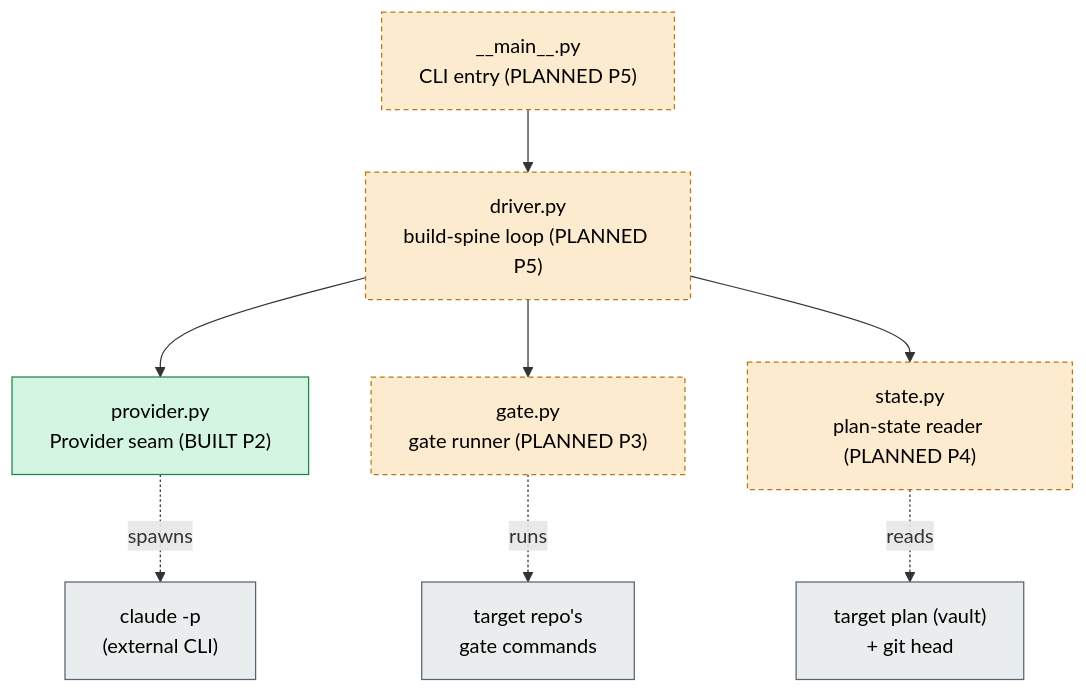
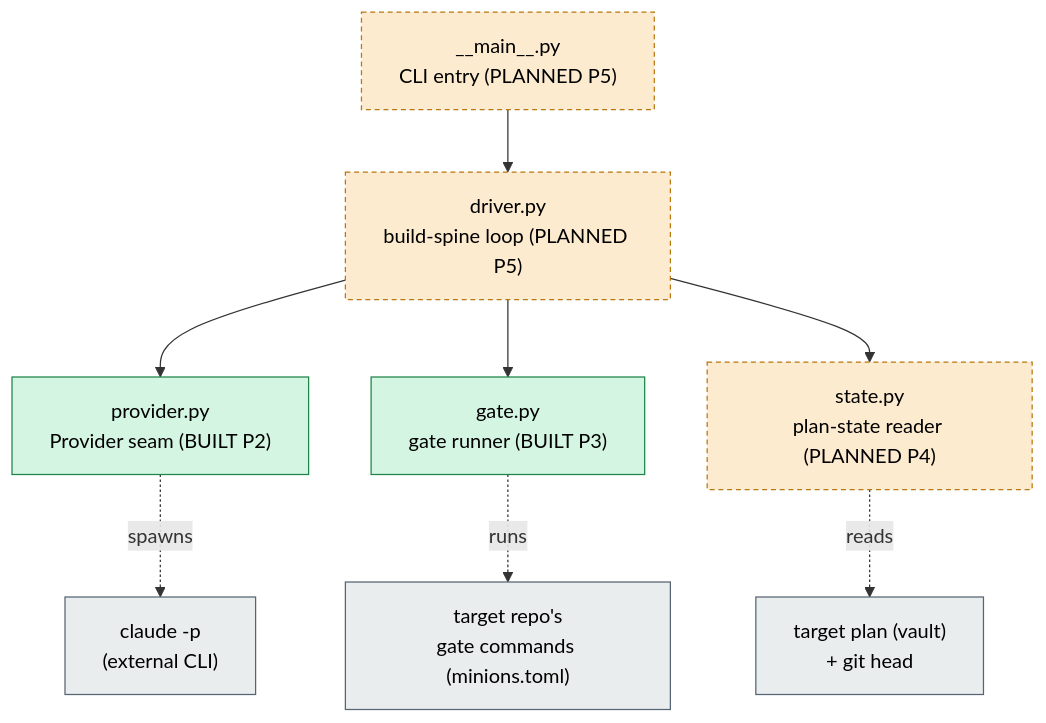
Before and after one commit to alxb1t/minionsfactory: the diagram in docs/architecture.md, drawn with Mermaid. The commit also changed other lines of this file and 3 other files, not shown here.

First line of the commit message:
docs: promote gate.py from planned to built (P3)

````diff
--- a/docs/architecture.md
+++ b/docs/architecture.md
@@ -46,21 +46,21 @@
 ```mermaid
 graph TD
     main["__main__.py<br/>CLI entry (PLANNED P5)"]:::planned
     driver["driver.py<br/>build-spine loop (PLANNED P5)"]:::planned
     state["state.py<br/>plan-state reader (PLANNED P4)"]:::planned
-    gate["gate.py<br/>gate runner (PLANNED P3)"]:::planned
+    gate["gate.py<br/>gate runner (BUILT P3)"]:::built
     provider["provider.py<br/>Provider seam (BUILT P2)"]:::built
 
     main --> driver
     driver --> provider
     driver --> gate
     driver --> state
 
     provider -. spawns .-> claude["claude -p<br/>(external CLI)"]:::external
-    gate -. runs .-> targetgate["target repo's<br/>gate commands"]:::external
+    gate -. runs .-> targetgate["target repo's<br/>gate commands (minions.toml)"]:::external
     state -. reads .-> disk["target plan (vault)<br/>+ git head"]:::external
 
     classDef built fill:#d5f5e3,stroke:#1e8449,color:#000;
     classDef planned fill:#fdebd0,stroke:#b9770e,color:#000,stroke-dasharray: 4 3;
     classDef external fill:#eaeded,stroke:#566573,color:#000;
 ```
````
